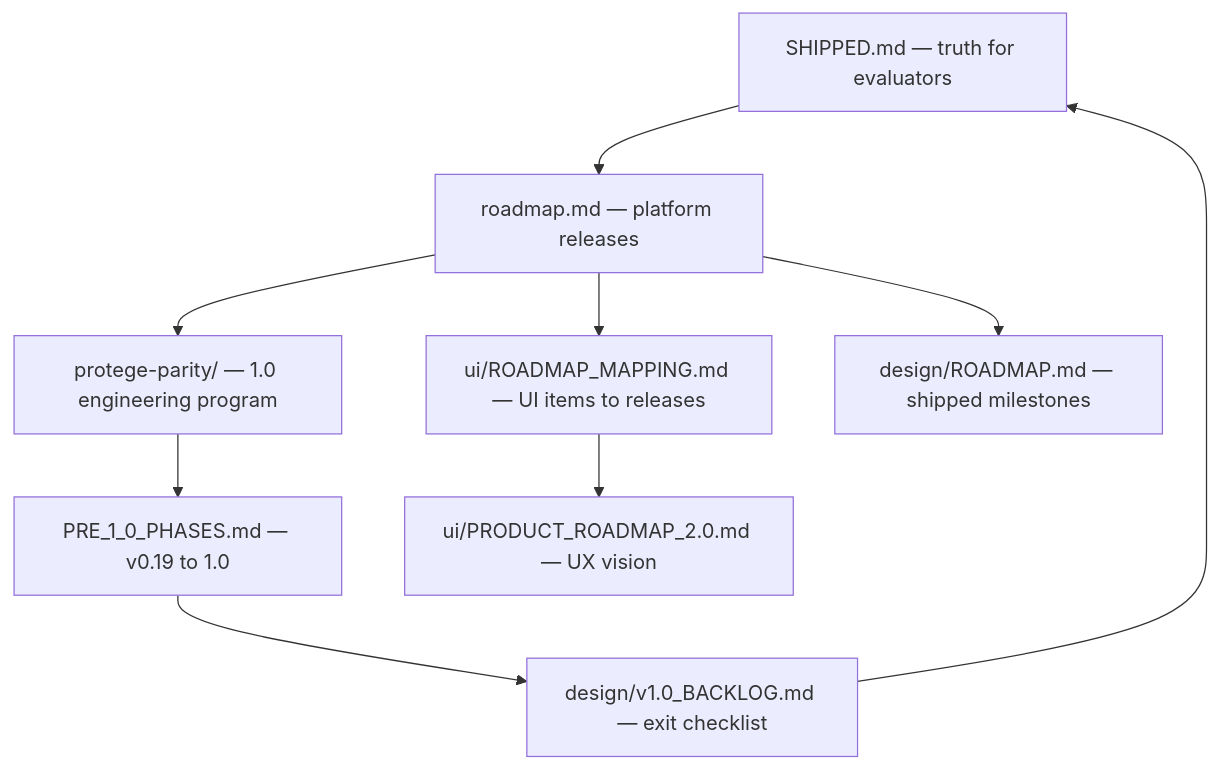
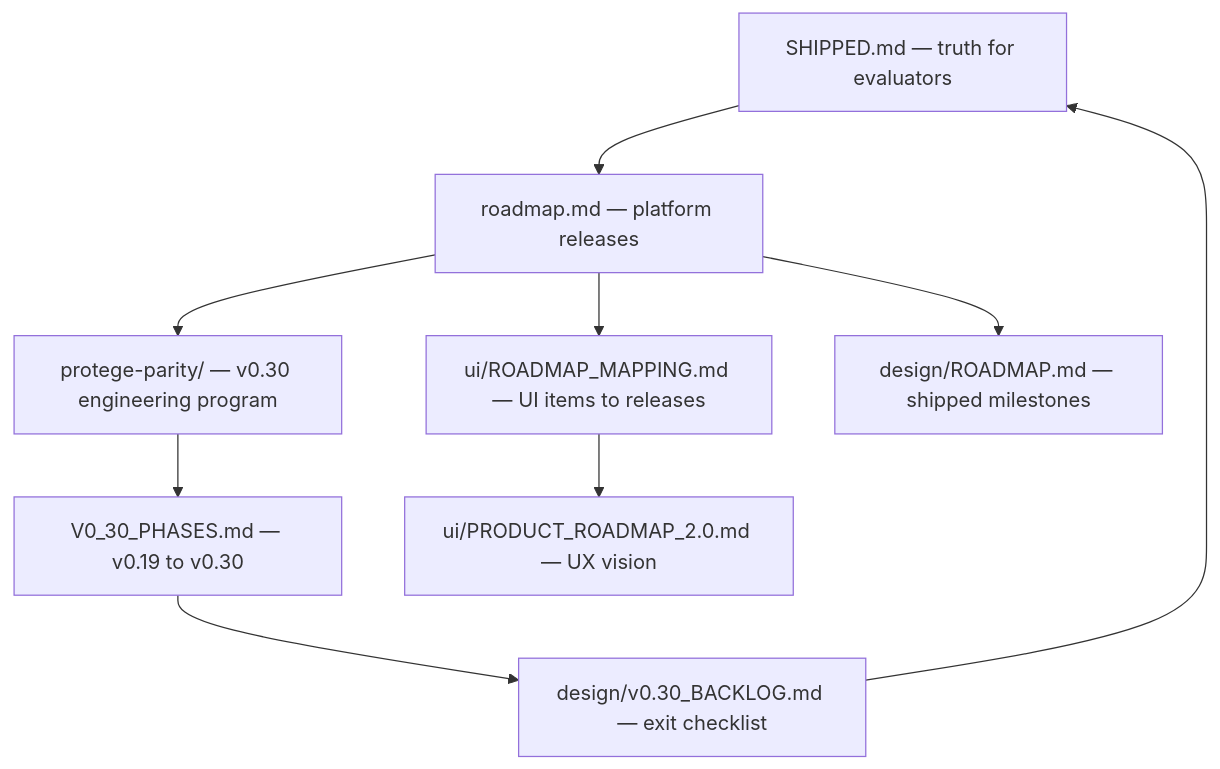
The diagram in docs/roadmap-hub.md (eddiethedean/strixonomy), drawn with Mermaid before and after one commit. The commit also changed other lines of this file and 196 other files, not shown here.

First line of the commit message:
Restructure the post-v0.28 roadmap into v0.29–v0.38+ phases.

````diff
--- a/docs/roadmap-hub.md
+++ b/docs/roadmap-hub.md
@@ -27,20 +27,20 @@
 ```mermaid
 flowchart TB
   SHIPPED[SHIPPED.md — truth for evaluators]
   Platform[roadmap.md — platform releases]
-  Parity[protege-parity/ — 1.0 engineering program]
-  Pre10[PRE_1_0_PHASES.md — v0.19 to 1.0]
+  Parity[protege-parity/ — v0.30 engineering program]
+  Pre10[V0_30_PHASES.md — v0.19 to v0.30]
   UIMap[ui/ROADMAP_MAPPING.md — UI items to releases]
   UIVis[ui/PRODUCT_ROADMAP_2.0.md — UX vision]
   DesignM[design/ROADMAP.md — shipped milestones]
-  Backlog[design/v1.0_BACKLOG.md — exit checklist]
+  Backlog[design/v0.30_BACKLOG.md — exit checklist]
 
   SHIPPED --> Platform
   Platform --> Parity
   Parity --> Pre10
   Platform --> UIMap
   UIMap --> UIVis
   Platform --> DesignM
   Pre10 --> Backlog
   Backlog --> SHIPPED
 ```
````
